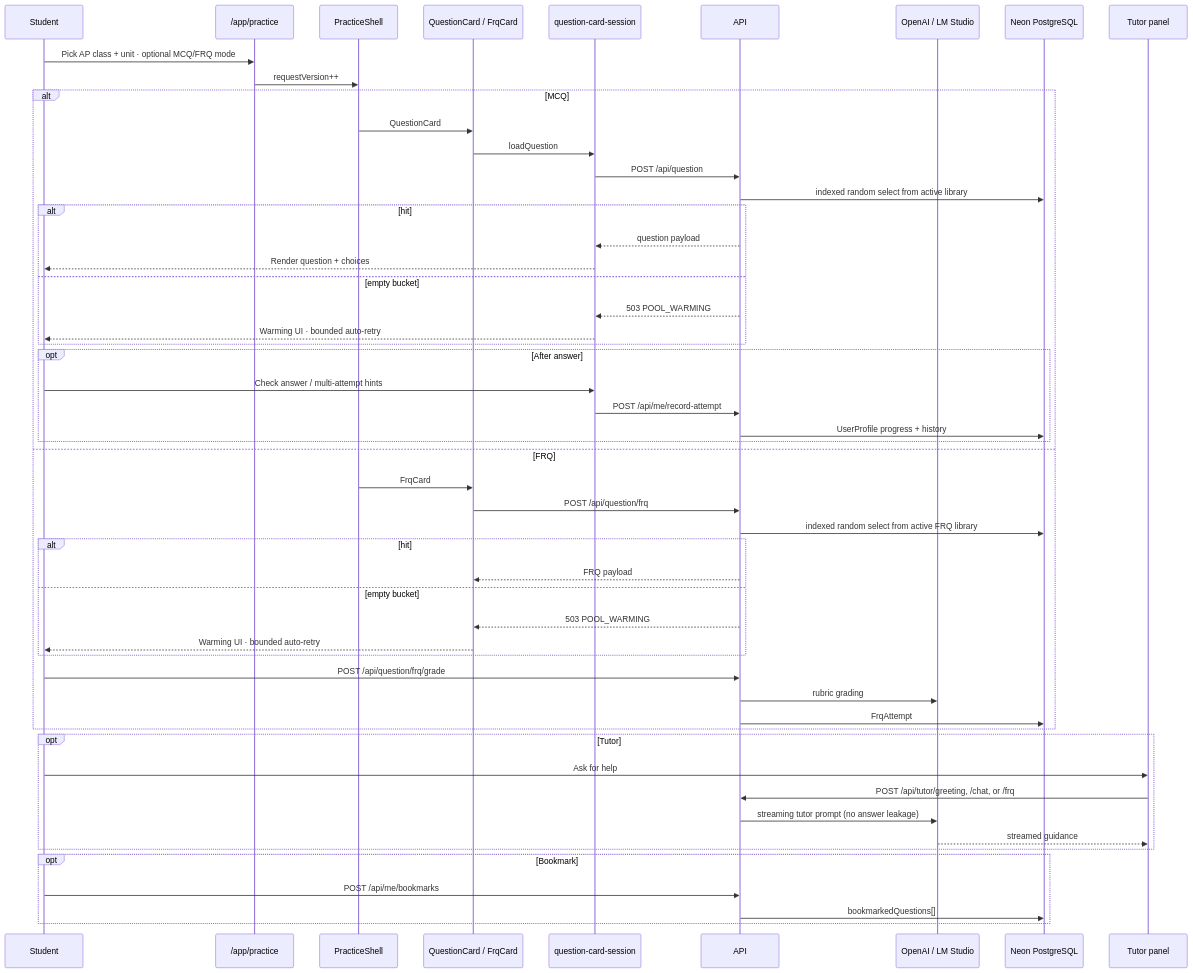
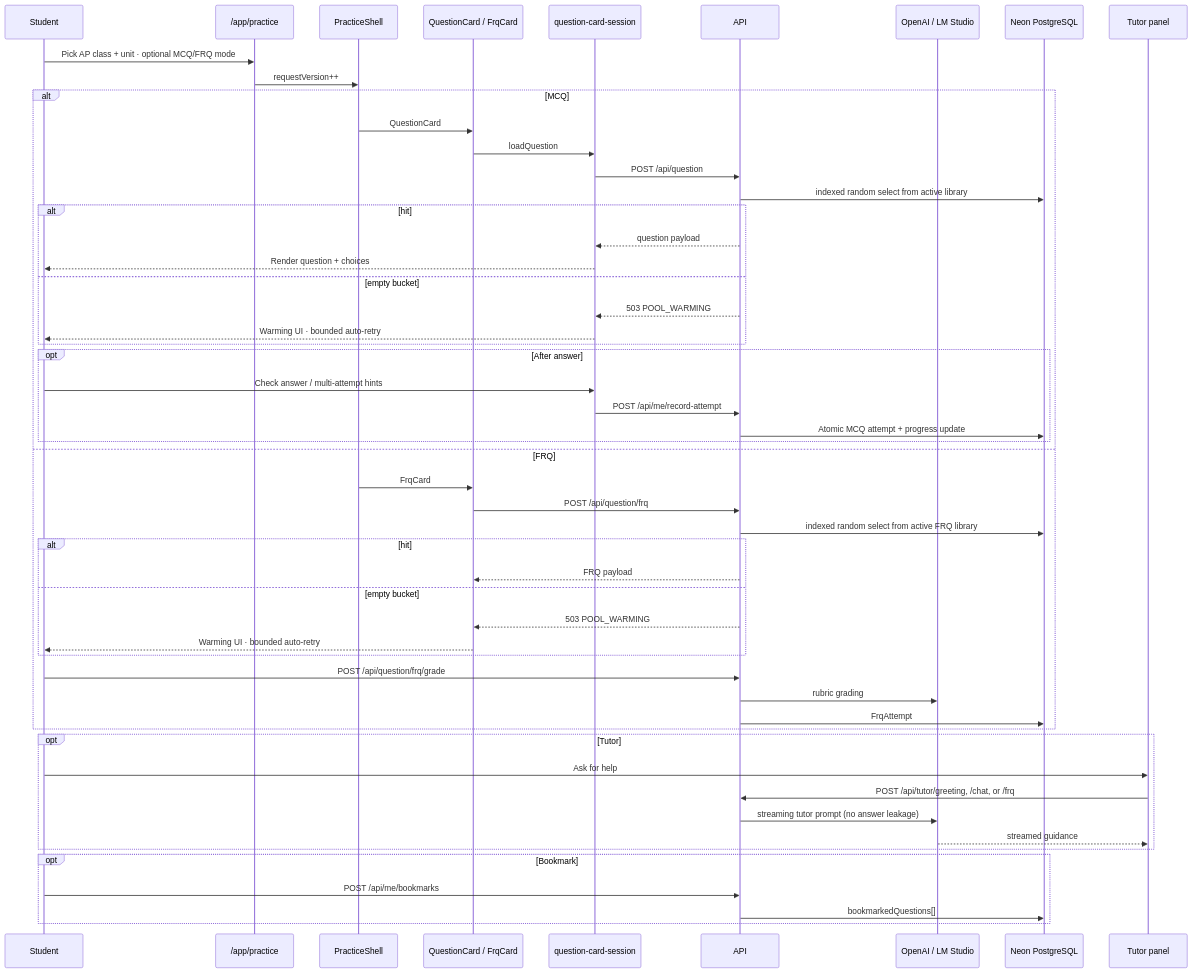
The sixth of 7 diagrams in docs/architecture.md (5cisummai/freeappractice), drawn with Mermaid before and after one commit. The commit also changed other lines of this file and 151 other files, not shown here.

Commit message:
simplify application architecture

````diff
--- a/docs/architecture.md
+++ b/docs/architecture.md
@@ -271,58 +271,58 @@
 ```mermaid
 sequenceDiagram
     participant U as Student
     participant App as /app/practice
     participant PS as PracticeShell
     participant Card as QuestionCard / FrqCard
     participant Sess as question-card-session
     participant API as API
     participant AI as OpenAI / LM Studio
     participant DB as Neon PostgreSQL
     participant Tutor as Tutor panel
 
     U->>App: Pick AP class + unit · optional MCQ/FRQ mode
     App->>PS: requestVersion++
     alt MCQ
         PS->>Card: QuestionCard
         Card->>Sess: loadQuestion
         Sess->>API: POST /api/question
         API->>DB: indexed random select from active library
         alt hit
             API-->>Sess: question payload
             Sess-->>U: Render question + choices
         else empty bucket
             API-->>Sess: 503 POOL_WARMING
             Sess-->>U: Warming UI · bounded auto-retry
         end
         opt After answer
             U->>Sess: Check answer / multi-attempt hints
             Sess->>API: POST /api/me/record-attempt
-            API->>DB: UserProfile progress + history
+            API->>DB: Atomic MCQ attempt + progress update
         end
     else FRQ
         PS->>Card: FrqCard
         Card->>API: POST /api/question/frq
         API->>DB: indexed random select from active FRQ library
         alt hit
             API-->>Card: FRQ payload
         else empty bucket
             API-->>Card: 503 POOL_WARMING
             Card-->>U: Warming UI · bounded auto-retry
         end
         U->>API: POST /api/question/frq/grade
         API->>AI: rubric grading
         API->>DB: FrqAttempt
     end
 
     opt Tutor
         U->>Tutor: Ask for help
         Tutor->>API: POST /api/tutor/greeting, /chat, or /frq
         API->>AI: streaming tutor prompt (no answer leakage)
         AI-->>Tutor: streamed guidance
     end
 
     opt Bookmark
         U->>API: POST /api/me/bookmarks
         API->>DB: bookmarkedQuestions[]
     end
 ```
````
